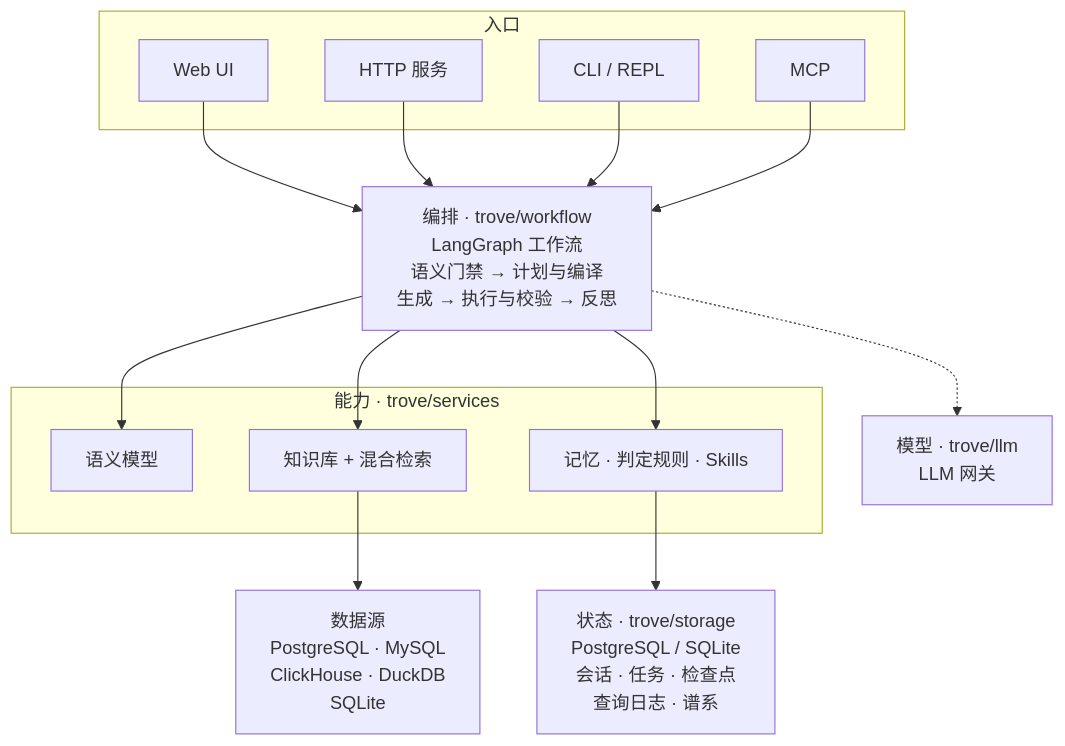
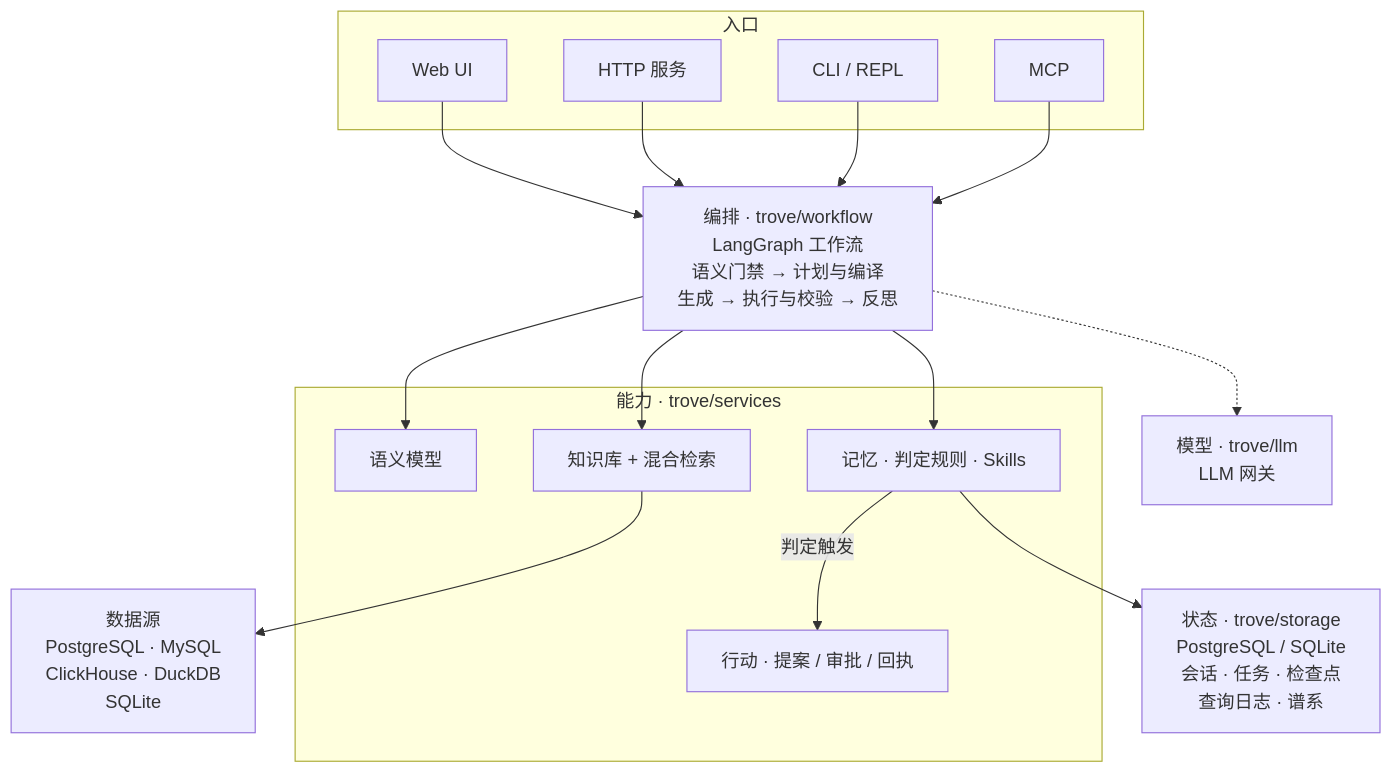
One commit to Nivane/trove changed the first of 3 diagrams in README.md. Above: the diagram before and after it, drawn with Mermaid. The commit also changed other lines of this file and 1 other file, not shown here.

````diff
--- a/README.md
+++ b/README.md
@@ -43,32 +43,34 @@
 ```mermaid
 flowchart TB
     subgraph entry["入口"]
         UI["Web UI"]
         SRV["HTTP 服务"]
         CLI["CLI / REPL"]
         MCP["MCP"]
     end
 
     WF["编排 · trove/workflow<br/>LangGraph 工作流<br/>语义门禁 → 计划与编译<br/>生成 → 执行与校验 → 反思"]
 
     subgraph caps["能力 · trove/services"]
         SEM["语义模型"]
         KB["知识库 + 混合检索"]
         MEM["记忆 · 判定规则 · Skills"]
+        ACT["行动 · 提案 / 审批 / 回执"]
     end
 
     LLM["模型 · trove/llm<br/>LLM 网关"]
     DS["数据源<br/>PostgreSQL · MySQL<br/>ClickHouse · DuckDB<br/>SQLite"]
     STATE["状态 · trove/storage<br/>PostgreSQL / SQLite<br/>会话 · 任务 · 检查点<br/>查询日志 · 谱系"]
 
     UI --> WF
     SRV --> WF
     CLI --> WF
     MCP --> WF
     WF --> SEM
     WF --> KB
     WF --> MEM
+    MEM -->|"判定触发"| ACT
     WF -.-> LLM
     KB --> DS
     MEM --> STATE
 ```
````
